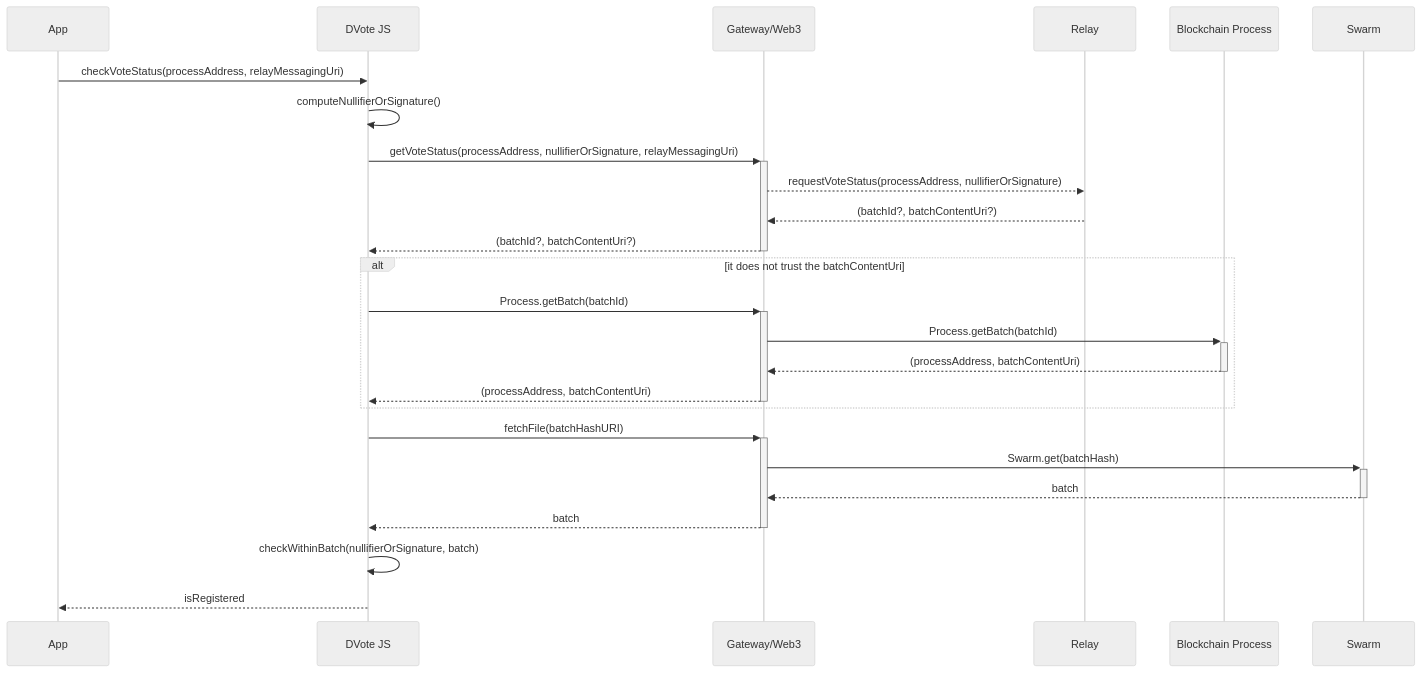
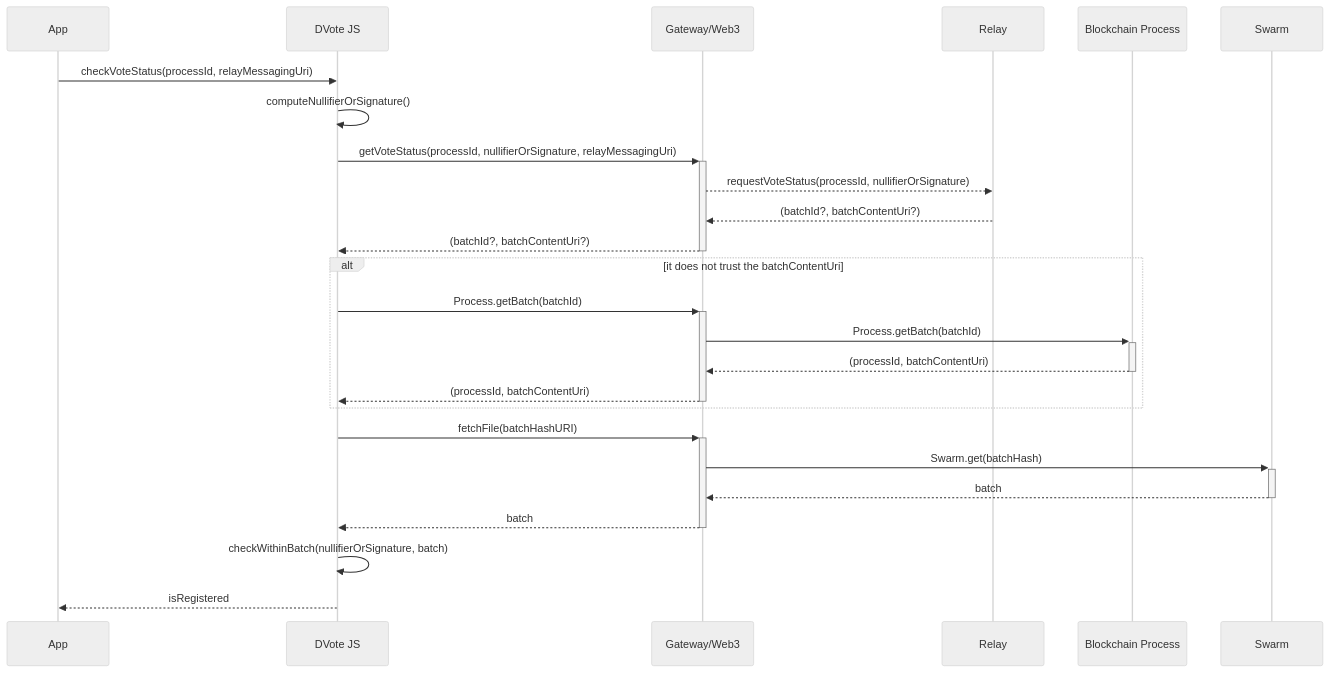
Diagram 13 of 15 in docs/architecture/sequence-diagrams.md (vocdoni/docs), drawn with Mermaid (neutral theme) before and after one commit. The commit also changed other lines of this file and 3 other files, not shown here.

````diff
--- a/docs/architecture/sequence-diagrams.md
+++ b/docs/architecture/sequence-diagrams.md
@@ -610,38 +610,38 @@
 ```mermaid
 sequenceDiagram
     participant App
     participant DV as DVote JS
     participant GW as Gateway/Web3
     participant RL as Relay
     participant BC as Blockchain Process
     participant SW as Swarm
 
-    App->>DV: checkVoteStatus(processAddress, relayMessagingUri)
+    App->>DV: checkVoteStatus(processId, relayMessagingUri)
 
         DV->>DV: computeNullifierOrSignature()
 
-        DV->>+GW: getVoteStatus(processAddress, nullifierOrSignature, relayMessagingUri)
+        DV->>+GW: getVoteStatus(processId, nullifierOrSignature, relayMessagingUri)
 
-            GW-->>RL: requestVoteStatus(processAddress, nullifierOrSignature)
+            GW-->>RL: requestVoteStatus(processId, nullifierOrSignature)
             RL-->>GW: (batchId?, batchContentUri?)
 
         GW-->>-DV: (batchId?, batchContentUri?)
 
         alt it does not trust the batchContentUri
 
             DV->>+GW: Process.getBatch(batchId)
             GW->>+BC: Process.getBatch(batchId)
-            BC-->>-GW: (processAddress, batchContentUri)
-            GW-->>-DV: (processAddress, batchContentUri)
+            BC-->>-GW: (processId, batchContentUri)
+            GW-->>-DV: (processId, batchContentUri)
 
         end
 
         DV->>+GW: fetchFile(batchHashURI)
         GW->>+SW: Swarm.get(batchHash)
         SW-->>-GW: batch
         GW-->>-DV: batch
 
         DV->>DV: checkWithinBatch(nullifierOrSignature, batch)
 
     DV-->>App: isRegistered
 ```
````
